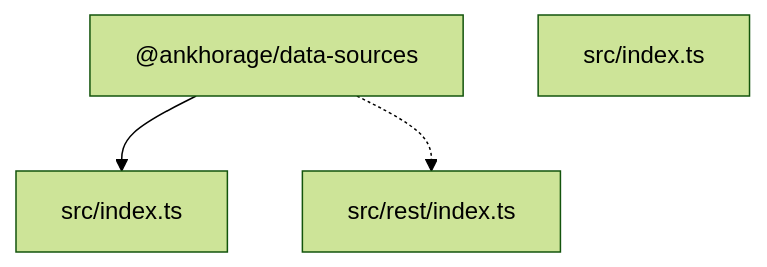
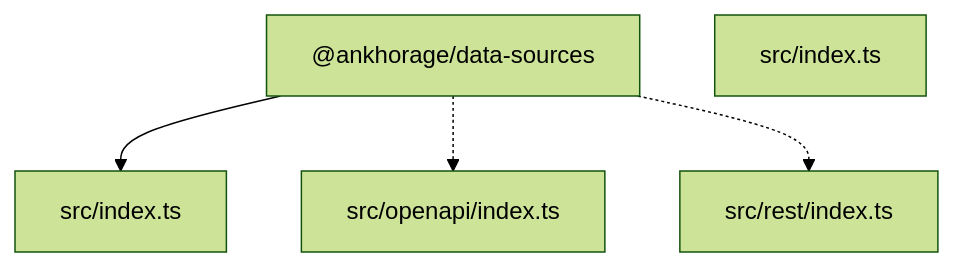
The diagram in README.md (ankhorage/data-sources), drawn with Mermaid (forest theme) before and after one commit. The commit also changed other lines of this file and 10 other files, not shown here.

````diff
--- a/README.md
+++ b/README.md
@@ -27,9 +28,11 @@
 ```mermaid
 graph TD
   package__ankhorage_data_sources["@ankhorage/data-sources"]
   entrypoint_src_index_ts["src/index.ts"]
   package__ankhorage_data_sources --> entrypoint_src_index_ts
   module_src_index_ts["src/index.ts"]
+  module_src_openapi_index_ts["src/openapi/index.ts"]
+  package__ankhorage_data_sources -.-> module_src_openapi_index_ts
   module_src_rest_index_ts["src/rest/index.ts"]
   package__ankhorage_data_sources -.-> module_src_rest_index_ts
 ```
````
